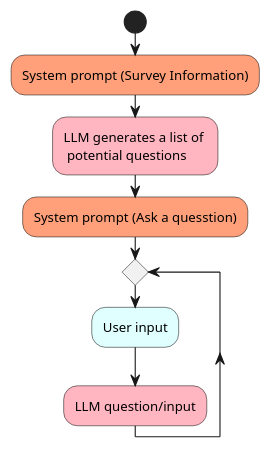
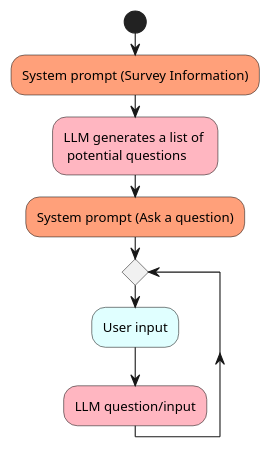
The diagram in docs/diagrams/src/prompt-eng-1.plantuml (pakshuang/ai-chat-survey), drawn with PlantUML before and after one commit. The commit also changed 3 other files, not shown here.

```diff
--- a/docs/diagrams/src/prompt-eng-1.plantuml
+++ b/docs/diagrams/src/prompt-eng-1.plantuml
@@ -1,17 +1,17 @@
 @startuml prompt-eng-1
 
 skinparam shadowing false
 skinparam BackgroundColor transparent
 
 start
 #LightSalmon:System prompt (Survey Information);
 #LightPink:LLM generates a list of \n potential questions;
-#LightSalmon:System prompt (Ask a quesstion);
+#LightSalmon:System prompt (Ask a question);
 while ()
     #LightCyan:User input;
     #LightPink:LLM question/input;  
     endwhile
     -[hidden]->
     detach
 
 @enduml
```
